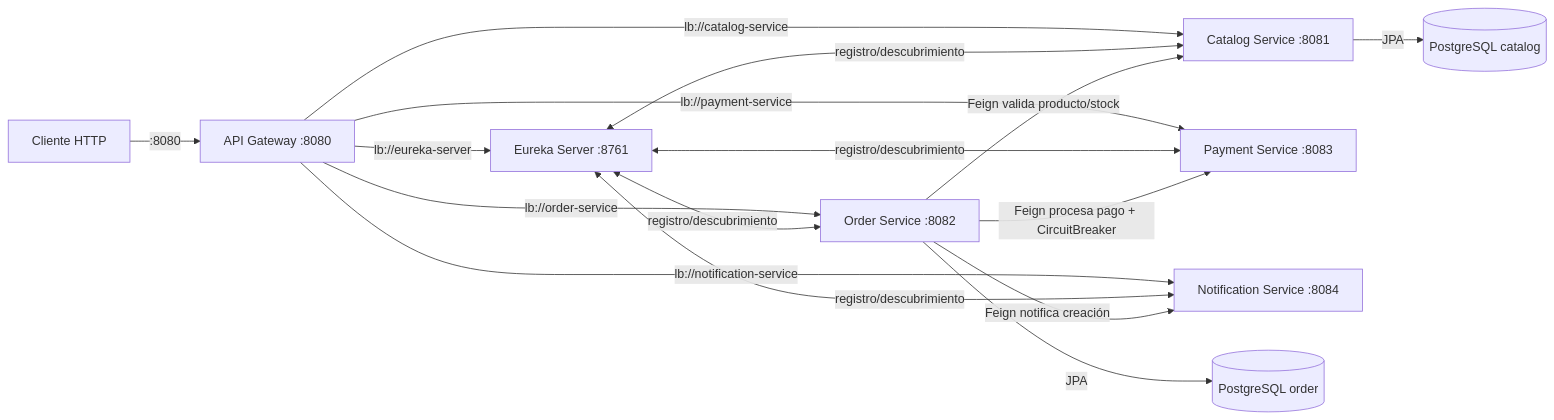
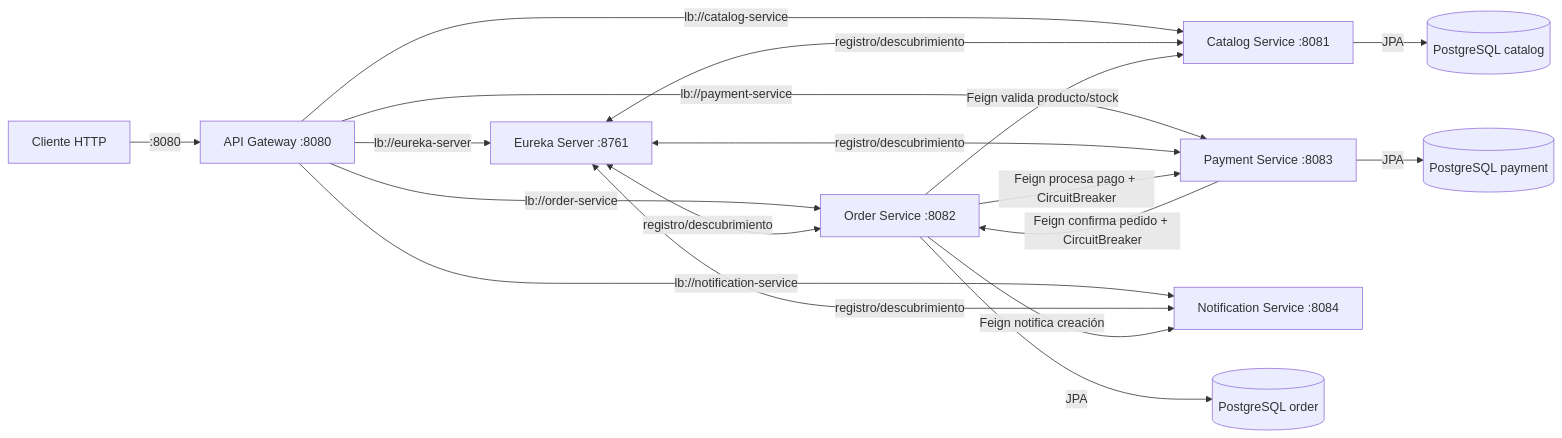
Before and after one commit to Cheyernex/order-flow-microservices: the diagram in README.md, drawn with Mermaid. The commit also changed other lines of this file and 33 other files, not shown here.

Commit message:
feat: implement payment-service microservice and integrate payment processing into order-service

````diff
--- a/README.md
+++ b/README.md
@@ -19,22 +20,24 @@
 ```mermaid
 flowchart LR
     Client[Cliente HTTP] -->|:8080| Gateway[API Gateway :8080]
 
     Gateway -->|lb://eureka-server| Eureka[Eureka Server :8761]
     Gateway -->|lb://catalog-service| Catalog[Catalog Service :8081]
     Gateway -->|lb://order-service| Order[Order Service :8082]
     Gateway -->|lb://payment-service| Payment[Payment Service :8083]
     Gateway -->|lb://notification-service| Notif[Notification Service :8084]
 
     Eureka <-->|registro/descubrimiento| Catalog
     Eureka <-->|registro/descubrimiento| Order
     Eureka <-->|registro/descubrimiento| Payment
     Eureka <-->|registro/descubrimiento| Notif
 
     Order -->|Feign valida producto/stock| Catalog
     Order -->|Feign procesa pago + CircuitBreaker| Payment
+    Payment -->|Feign confirma pedido + CircuitBreaker| Order
     Order -->|Feign notifica creación| Notif
 
     Catalog -->|JPA| PGC[(PostgreSQL catalog)]
     Order -->|JPA| PGO[(PostgreSQL order)]
+    Payment -->|JPA| PGP[(PostgreSQL payment)]
 ```
````
